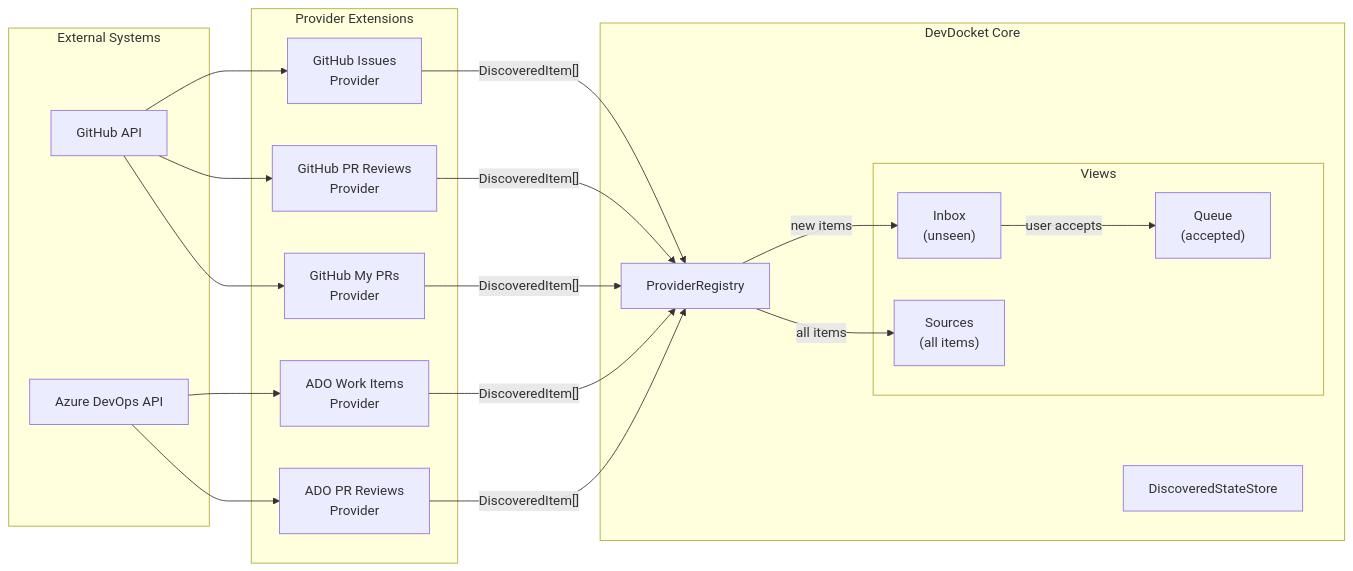
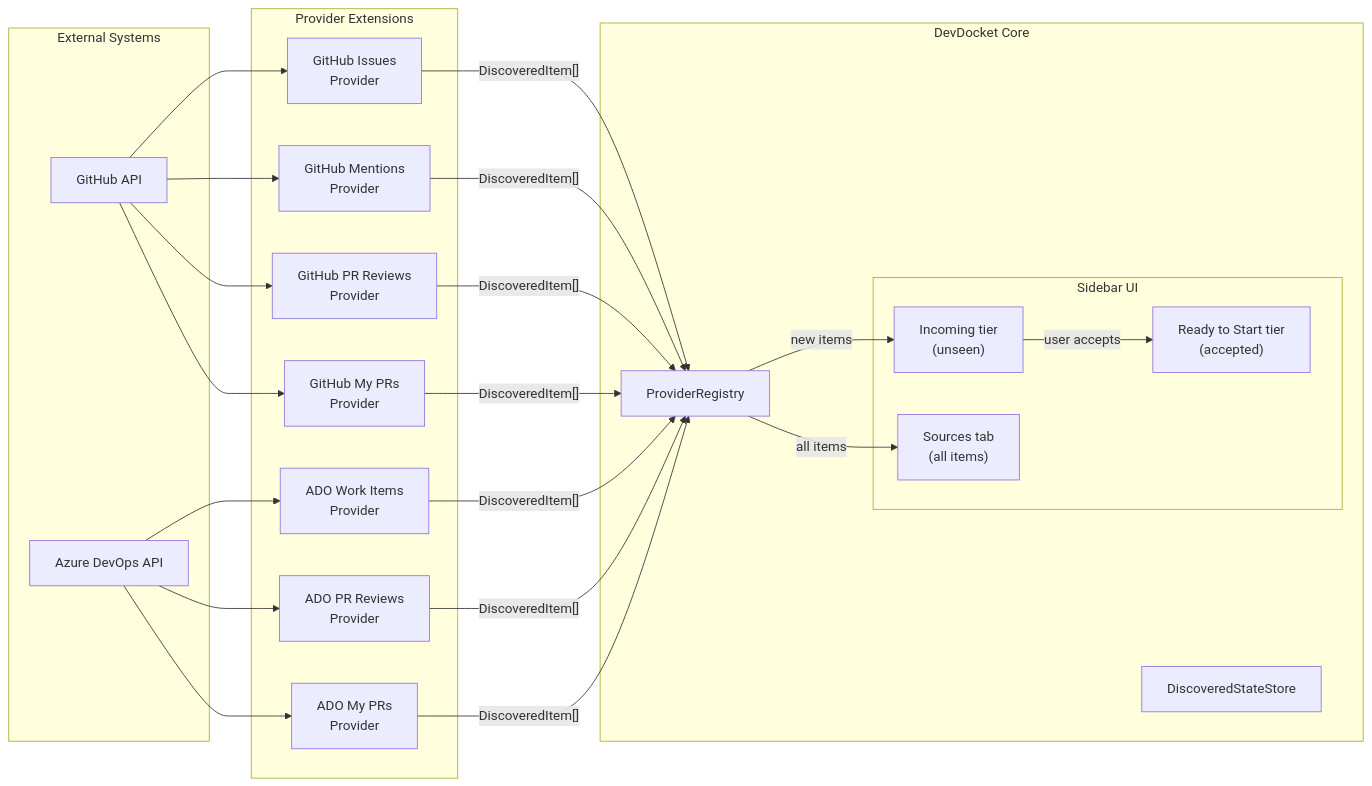
Before and after one commit to devdocket/devdocket: the first of 3 diagrams in docs/provider-discovery.md, drawn with Mermaid. The commit also changed other lines of this file and 15 other files, not shown here.

````diff
--- a/docs/provider-discovery.md
+++ b/docs/provider-discovery.md
@@ -25,41 +27,47 @@
 ```mermaid
 flowchart LR
     subgraph External["External Systems"]
         GH["GitHub API"]
         ADO["Azure DevOps API"]
     end
 
     subgraph Providers["Provider Extensions"]
         GHI["GitHub Issues<br/>Provider"]
+        GHM["GitHub Mentions<br/>Provider"]
         GHPR["GitHub PR Reviews<br/>Provider"]
         GHMY["GitHub My PRs<br/>Provider"]
         ADOWI["ADO Work Items<br/>Provider"]
         ADOPR["ADO PR Reviews<br/>Provider"]
+        ADOMY["ADO My PRs<br/>Provider"]
     end
 
     subgraph Core["DevDocket Core"]
         PR["ProviderRegistry"]
         SS["DiscoveredStateStore"]
-        subgraph Views
-            Inbox["Inbox<br/>(unseen)"]
-            Sources["Sources<br/>(all items)"]
-            Queue["Queue<br/>(accepted)"]
+        subgraph UI["Sidebar UI"]
+            Incoming["Incoming tier<br/>(unseen)"]
+            Sources["Sources tab<br/>(all items)"]
+            Ready["Ready to Start tier<br/>(accepted)"]
         end
     end
 
     GH --> GHI
+    GH --> GHM
     GH --> GHPR
     GH --> GHMY
     ADO --> ADOWI
     ADO --> ADOPR
+    ADO --> ADOMY
 
     GHI -- "DiscoveredItem[]" --> PR
+    GHM -- "DiscoveredItem[]" --> PR
     GHPR -- "DiscoveredItem[]" --> PR
     GHMY -- "DiscoveredItem[]" --> PR
     ADOWI -- "DiscoveredItem[]" --> PR
     ADOPR -- "DiscoveredItem[]" --> PR
+    ADOMY -- "DiscoveredItem[]" --> PR
 
-    PR -- "new items" --> Inbox
+    PR -- "new items" --> Incoming
     PR -- "all items" --> Sources
-    Inbox -- "user accepts" --> Queue
+    Incoming -- "user accepts" --> Ready
 ```
````
